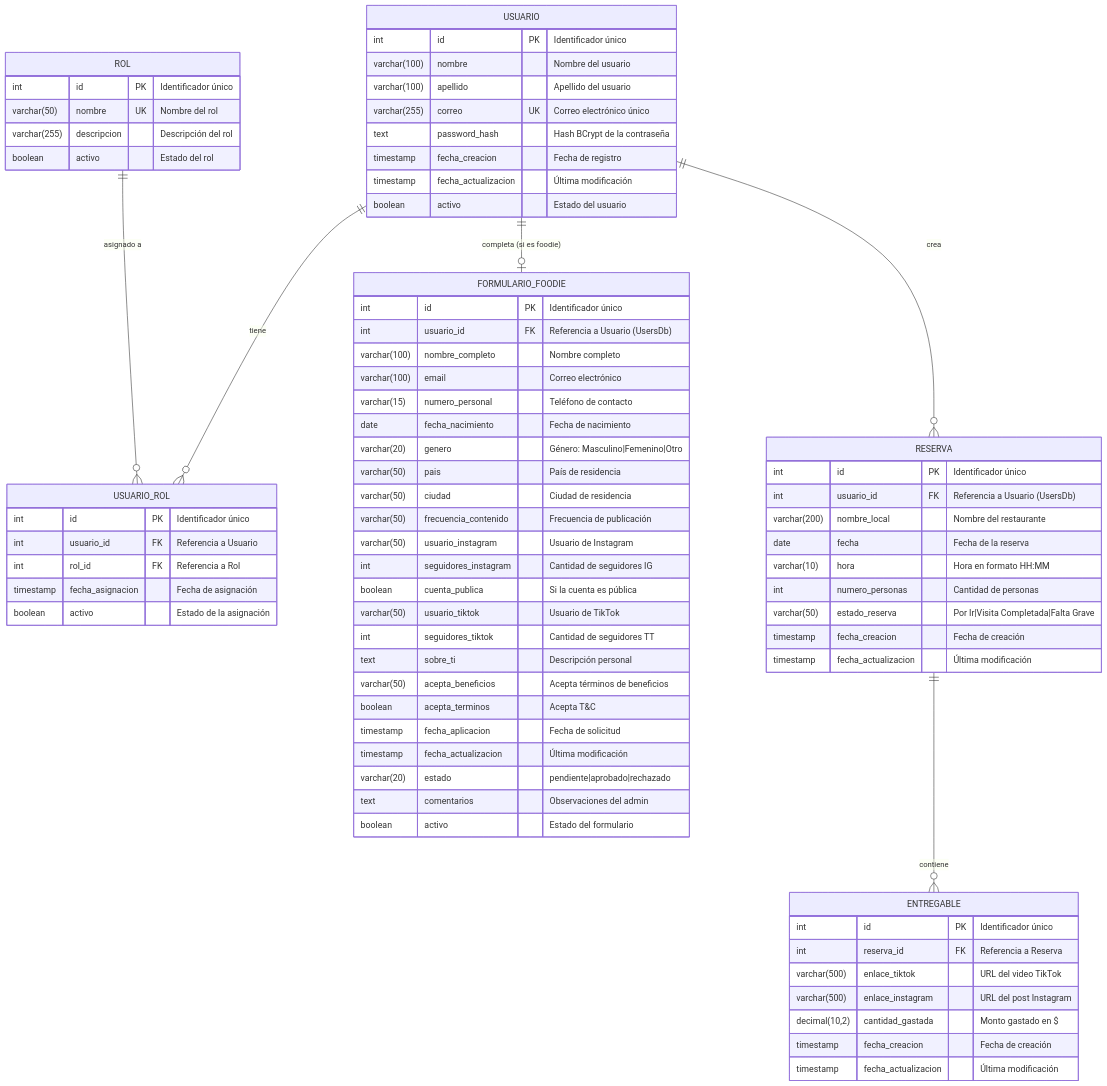
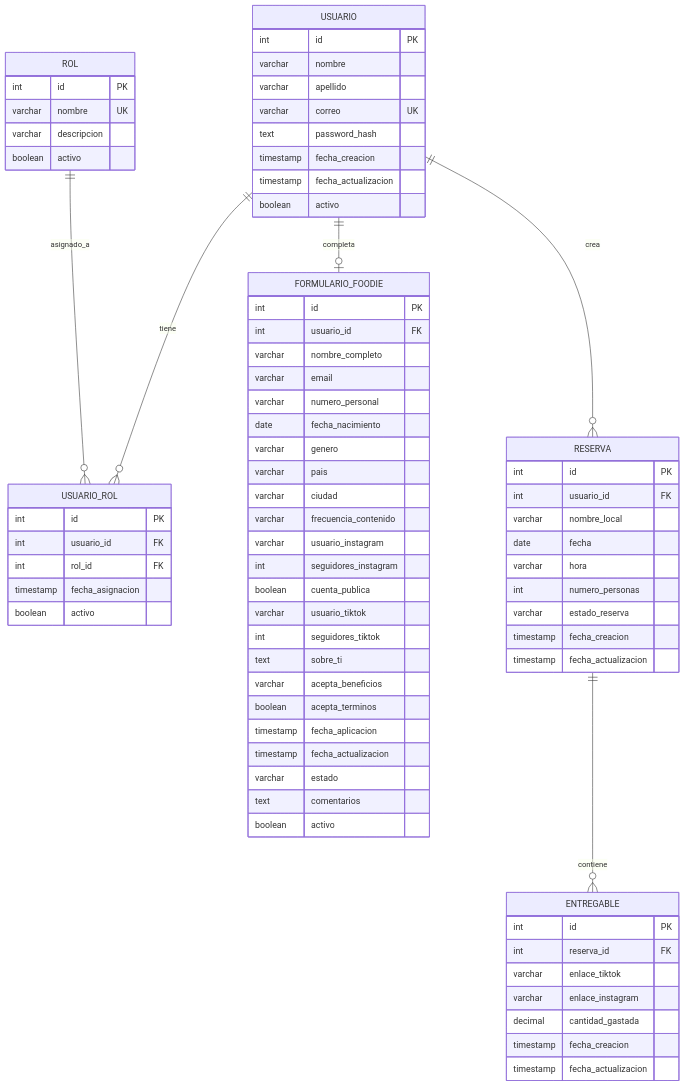
The first of 4 diagrams in core.md (JOURT1/FoodiesBackWEB), drawn with Mermaid before and after one commit.

Commit message:
Refactor database schema for user and reservation modelsupdate core

```diff
--- a/core.md
+++ b/core.md
@@ -607,29 +607,29 @@
     %% ============================================
     
     USUARIO {
-        int id PK "Identificador único"
-        varchar(100) nombre "Nombre del usuario"
-        varchar(100) apellido "Apellido del usuario"
-        varchar(255) correo UK "Correo electrónico único"
-        text password_hash "Hash BCrypt de la contraseña"
-        timestamp fecha_creacion "Fecha de registro"
-        timestamp fecha_actualizacion "Última modificación"
-        boolean activo "Estado del usuario"
+        int id PK
+        varchar nombre
+        varchar apellido
+        varchar correo UK
+        text password_hash
+        timestamp fecha_creacion
+        timestamp fecha_actualizacion
+        boolean activo
     }
     
     ROL {
-        int id PK "Identificador único"
-        varchar(50) nombre UK "Nombre del rol"
-        varchar(255) descripcion "Descripción del rol"
-        boolean activo "Estado del rol"
+        int id PK
+        varchar nombre UK
+        varchar descripcion
+        boolean activo
     }
     
     USUARIO_ROL {
-        int id PK "Identificador único"
-        int usuario_id FK "Referencia a Usuario"
-        int rol_id FK "Referencia a Rol"
-        timestamp fecha_asignacion "Fecha de asignación"
-        boolean activo "Estado de la asignación"
+        int id PK
+        int usuario_id FK
+        int rol_id FK
+        timestamp fecha_asignacion
+        boolean activo
     }
     
     %% ============================================
@@ -637,29 +637,29 @@
     %% ============================================
     
     FORMULARIO_FOODIE {
-        int id PK "Identificador único"
-        int usuario_id FK "Referencia a Usuario (UsersDb)"
-        varchar(100) nombre_completo "Nombre completo"
-        varchar(100) email "Correo electrónico"
-        varchar(15) numero_personal "Teléfono de contacto"
-        date fecha_nacimiento "Fecha de nacimiento"
-        varchar(20) genero "Género: Masculino|Femenino|Otro"
-        varchar(50) pais "País de residencia"
-        varchar(50) ciudad "Ciudad de residencia"
-        varchar(50) frecuencia_contenido "Frecuencia de publicación"
-        varchar(50) usuario_instagram "Usuario de Instagram"
-        int seguidores_instagram "Cantidad de seguidores IG"
-        boolean cuenta_publica "Si la cuenta es pública"
-        varchar(50) usuario_tiktok "Usuario de TikTok"
-        int seguidores_tiktok "Cantidad de seguidores TT"
-        text sobre_ti "Descripción personal"
-        varchar(50) acepta_beneficios "Acepta términos de beneficios"
-        boolean acepta_terminos "Acepta T&C"
-        timestamp fecha_aplicacion "Fecha de solicitud"
-        timestamp fecha_actualizacion "Última modificación"
-        varchar(20) estado "pendiente|aprobado|rechazado"
-        text comentarios "Observaciones del admin"
-        boolean activo "Estado del formulario"
+        int id PK
+        int usuario_id FK
+        varchar nombre_completo
+        varchar email
+        varchar numero_personal
+        date fecha_nacimiento
+        varchar genero
+        varchar pais
+        varchar ciudad
+        varchar frecuencia_contenido
+        varchar usuario_instagram
+        int seguidores_instagram
+        boolean cuenta_publica
+        varchar usuario_tiktok
+        int seguidores_tiktok
+        text sobre_ti
+        varchar acepta_beneficios
+        boolean acepta_terminos
+        timestamp fecha_aplicacion
+        timestamp fecha_actualizacion
+        varchar estado
+        text comentarios
+        boolean activo
     }
     
     %% ============================================
@@ -667,25 +667,25 @@
     %% ============================================
     
     RESERVA {
-        int id PK "Identificador único"
-        int usuario_id FK "Referencia a Usuario (UsersDb)"
-        varchar(200) nombre_local "Nombre del restaurante"
-        date fecha "Fecha de la reserva"
-        varchar(10) hora "Hora en formato HH:MM"
-        int numero_personas "Cantidad de personas"
-        varchar(50) estado_reserva "Por Ir|Visita Completada|Falta Grave"
-        timestamp fecha_creacion "Fecha de creación"
-        timestamp fecha_actualizacion "Última modificación"
+        int id PK
+        int usuario_id FK
+        varchar nombre_local
+        date fecha
+        varchar hora
+        int numero_personas
+        varchar estado_reserva
+        timestamp fecha_creacion
+        timestamp fecha_actualizacion
     }
     
     ENTREGABLE {
-        int id PK "Identificador único"
-        int reserva_id FK "Referencia a Reserva"
-        varchar(500) enlace_tiktok "URL del video TikTok"
-        varchar(500) enlace_instagram "URL del post Instagram"
-        decimal(10,2) cantidad_gastada "Monto gastado en $"
-        timestamp fecha_creacion "Fecha de creación"
-        timestamp fecha_actualizacion "Última modificación"
+        int id PK
+        int reserva_id FK
+        varchar enlace_tiktok
+        varchar enlace_instagram
+        decimal cantidad_gastada
+        timestamp fecha_creacion
+        timestamp fecha_actualizacion
     }
     
     %% ============================================
@@ -694,10 +694,10 @@
     
     %% Relaciones del módulo de Usuarios
     USUARIO ||--o{ USUARIO_ROL : "tiene"
-    ROL ||--o{ USUARIO_ROL : "asignado a"
+    ROL ||--o{ USUARIO_ROL : "asignado_a"
     
     %% Relaciones inter-microservicios (lógicas)
-    USUARIO ||--o| FORMULARIO_FOODIE : "completa (si es foodie)"
+    USUARIO ||--o| FORMULARIO_FOODIE : "completa"
     USUARIO ||--o{ RESERVA : "crea"
     
     %% Relaciones del módulo de Reservas
```
